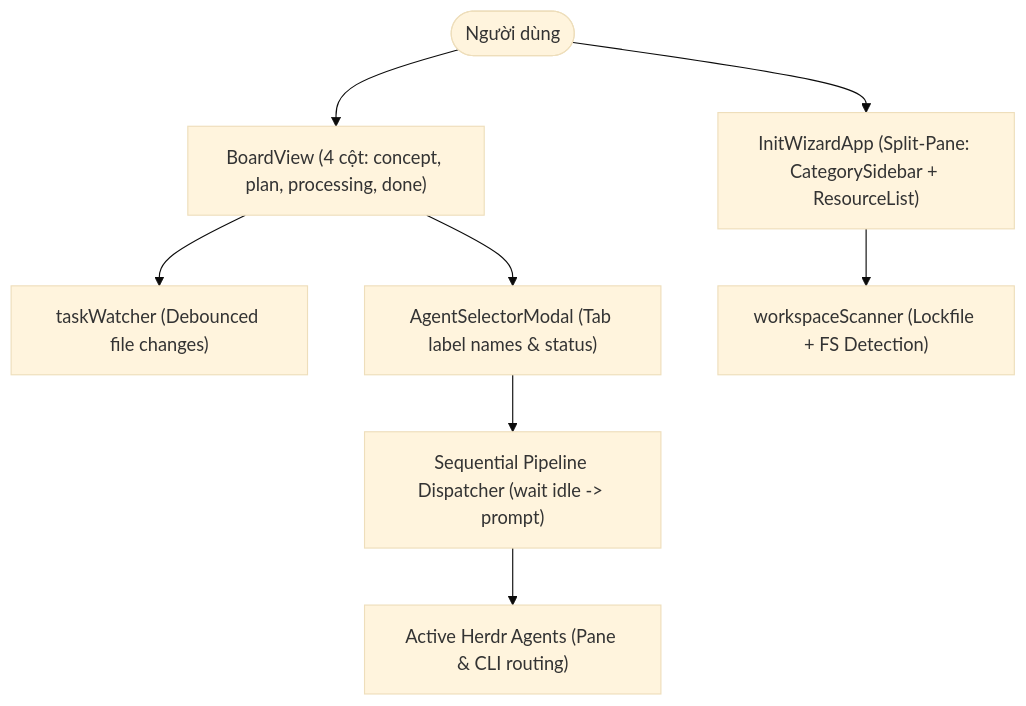
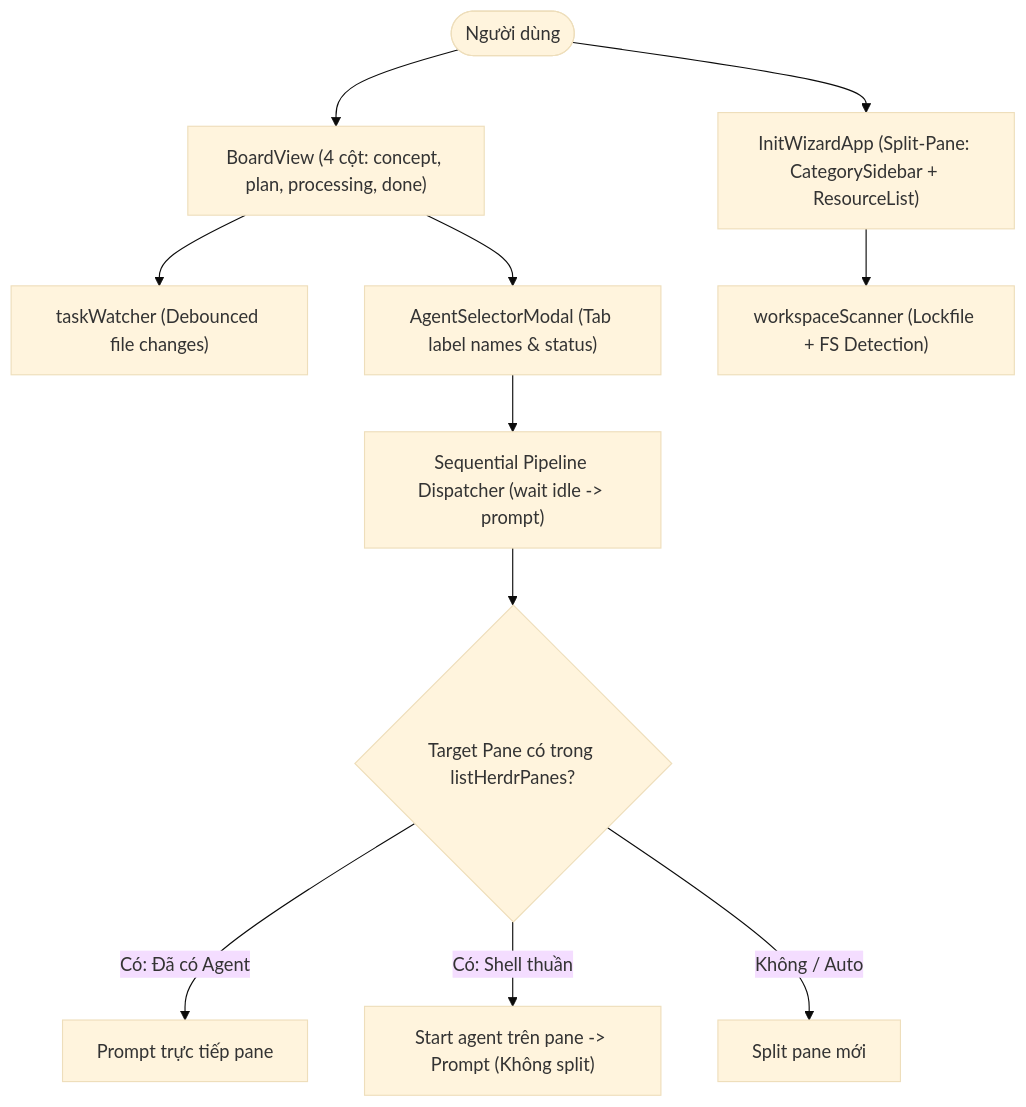
One commit to Personal-Source-SP/only-one-cli changed the diagram in only-one/archives/tui-modernization.md. Above: the diagram before and after it, drawn with Mermaid (base theme). The commit also changed other lines of this file and 8 other files, not shown here.

Commit message:
feat: add knowledge index, TUI rules, workflow guidelines, and architecture archives

````diff
--- a/only-one/archives/tui-modernization.md
+++ b/only-one/archives/tui-modernization.md
@@ -46,10 +54,13 @@
 ```mermaid
 flowchart TD
     User([Người dùng]) --> Board["BoardView (4 cột: concept, plan, processing, done)"]
     Board --> Watcher["taskWatcher (Debounced file changes)"]
     Board --> AgentModal["AgentSelectorModal (Tab label names & status)"]
     AgentModal --> HerdrQueue["Sequential Pipeline Dispatcher (wait idle -> prompt)"]
-    HerdrQueue --> Agents["Active Herdr Agents (Pane & CLI routing)"]
+    HerdrQueue --> TargetCheck{"Target Pane có trong listHerdrPanes?"}
+    TargetCheck -->|Có: Đã có Agent| PromptDirect["Prompt trực tiếp pane"]
+    TargetCheck -->|Có: Shell thuần| StartOnPane["Start agent trên pane -> Prompt (Không split)"]
+    TargetCheck -->|Không / Auto| SplitPane["Split pane mới"]
     User --> InitWizard["InitWizardApp (Split-Pane: CategorySidebar + ResourceList)"]
     InitWizard --> Scanner["workspaceScanner (Lockfile + FS Detection)"]
 ```
````
